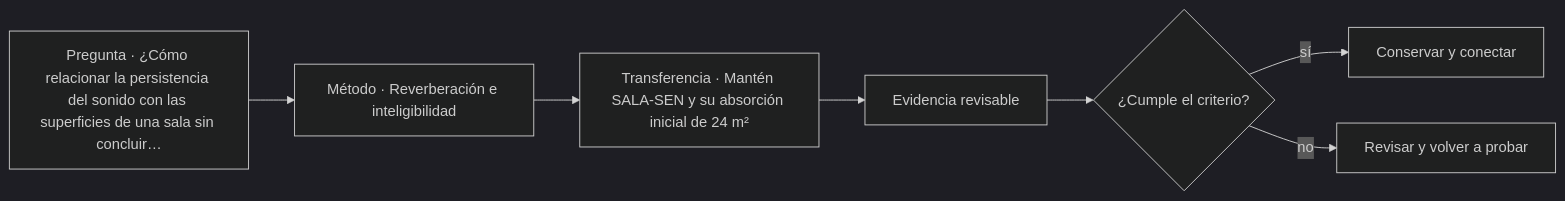
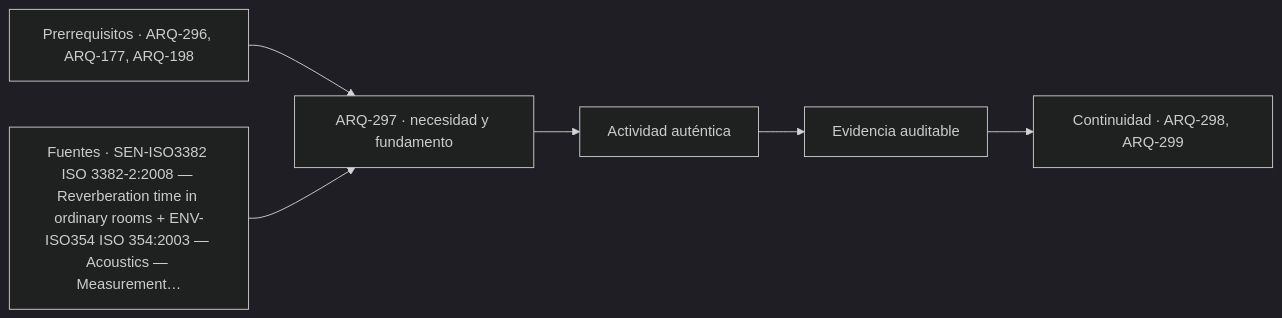
Before and after one commit to vladimiracunadev-create/architecture-built-environment-learning-program: the diagram in classes/parte-30/ARQ-297.md, drawn with Mermaid (dark theme). The commit also changed other lines of this file and 761 other files, not shown here.

````diff
--- a/classes/parte-30/ARQ-297.md
+++ b/classes/parte-30/ARQ-297.md
@@ -99,9 +111,8 @@
 ```mermaid
 flowchart LR
-    Q["Pregunta · ¿Cómo relacionar la persistencia del sonido con las superficies de una sala sin concluir…"] --> M["Método · Reverberación e inteligibilidad"]
-    M --> P["Transferencia · Mantén SALA-SEN y su absorción inicial de 24 m²"]
-    P --> E["Evidencia revisable"]
-    E --> C{"¿Cumple el criterio?"}
-    C -->|sí| T["Conservar y conectar"]
-    C -->|no| R["Revisar y volver a probar"]
+    A["Prerrequisitos · ARQ-296, ARQ-177, ARQ-198"] --> B["ARQ-297 · necesidad y fundamento"]
+    S["Fuentes · SEN-ISO3382 ISO 3382-2:2008 — Reverberation time in ordinary rooms + ENV-ISO354 ISO 354:2003 — Acoustics — Measurement…"] --> B
+    B --> C["Actividad auténtica"]
+    C --> D["Evidencia auditable"]
+    D --> E["Continuidad · ARQ-298, ARQ-299"]
 ```
````
